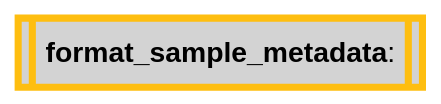
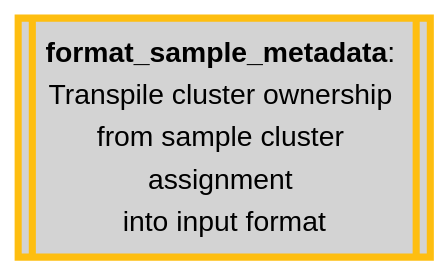
Before and after one commit to Tuks-ICMM/Pharmacogenetic-Analysis-Pipeline: the second of 30 diagrams in docs/02-workflow/02-methodology.md, drawn with Mermaid. The commit also changed other lines of this file, not shown here.

````diff
--- a/docs/02-workflow/02-methodology.md
+++ b/docs/02-workflow/02-methodology.md
@@ -458,7 +221,7 @@
   ```mermaid
   flowchart TD
-    format_sample_metadata[["`**format_sample_metadata**:
-    `"]]
+    format_sample_metadata[[<b>format_sample_metadata</b>: <br>Transpile cluster ownership <br>from sample cluster assignment <br>into input format]]
+
     classDef python stroke:#FEBE10,fill:#D3D3D3,stroke-width:4px,color:black;
     class format_sample_metadata python;
   ```
````
